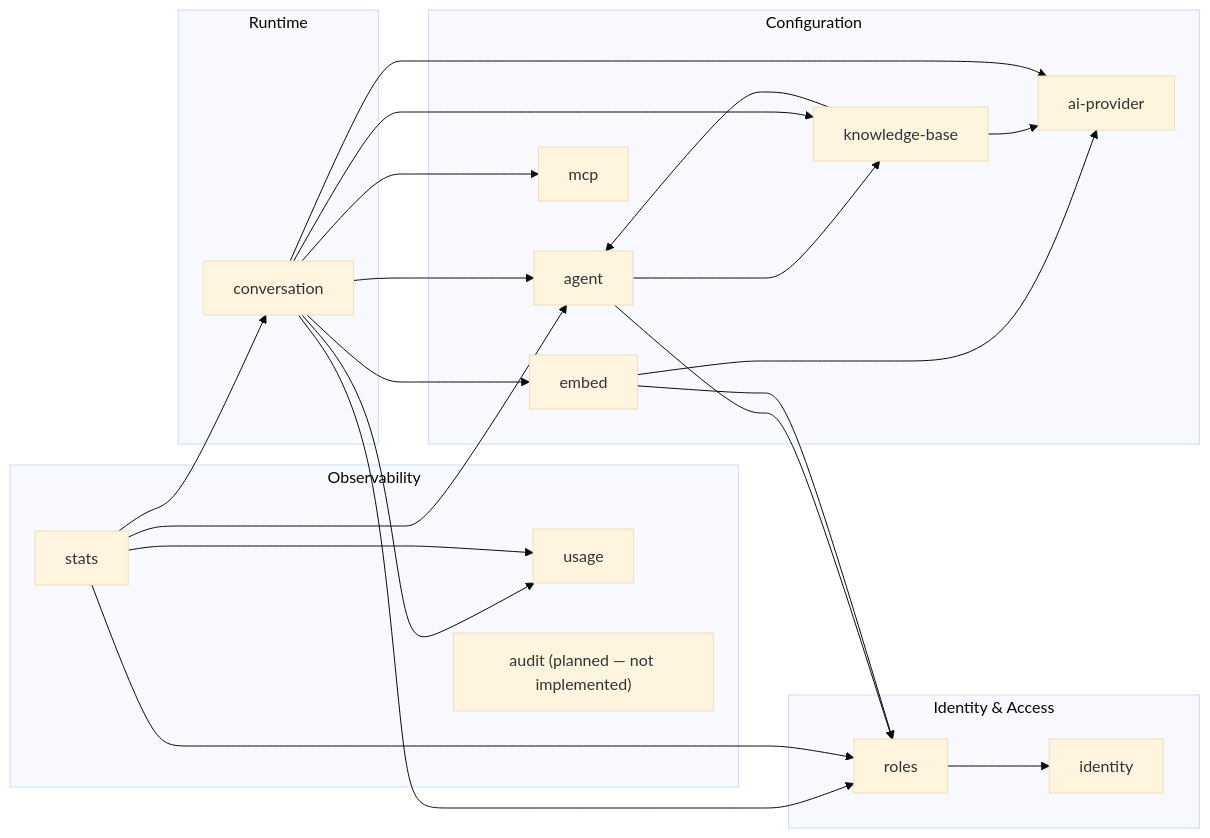
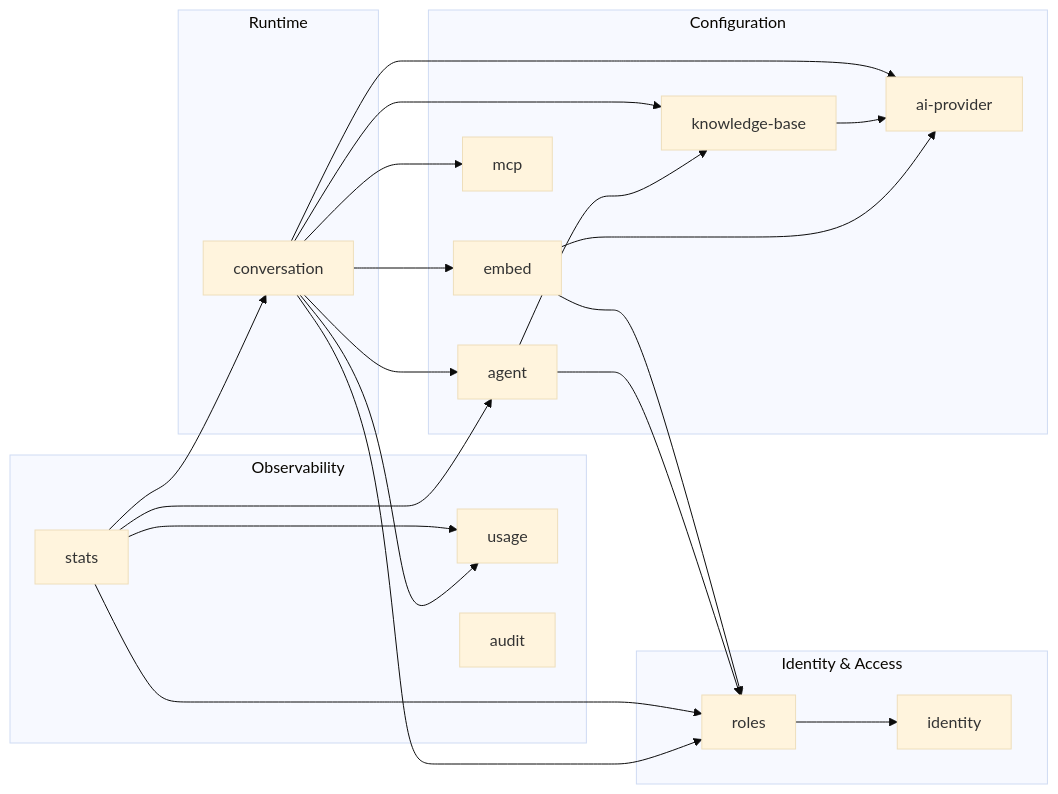
Before and after one commit to Talqo/talqo: the diagram in docs/architecture/module-diagram.md, drawn with Mermaid (base theme). The commit also changed other lines of this file and 5 other files, not shown here.

````diff
--- a/docs/architecture/module-diagram.md
+++ b/docs/architecture/module-diagram.md
@@ -9,47 +9,46 @@
 ```mermaid
 graph LR
     subgraph "Identity & Access"
         identity[identity]
         roles[roles]
     end
 
     subgraph "Configuration"
         agent[agent]
         knowledge_base[knowledge-base]
         embed[embed]
         ai_provider["ai-provider"]
         mcp[mcp]
     end
 
     subgraph "Runtime"
         conversation[conversation]
     end
 
     subgraph "Observability"
         usage[usage]
         stats[stats]
-        audit["audit (planned — not implemented)"]
+        audit[audit]
     end
 
     roles --> identity
 
     agent --> roles
     agent --> knowledge_base
     embed --> roles
     embed --> ai_provider
     knowledge_base --> ai_provider
-    knowledge_base --> agent
 
     conversation --> embed
     conversation --> agent
     conversation --> ai_provider
     conversation --> mcp
     conversation --> usage
     conversation --> roles
     conversation --> knowledge_base
 
     stats --> conversation
     stats --> usage
     stats --> agent
     stats --> roles
 ```
````
